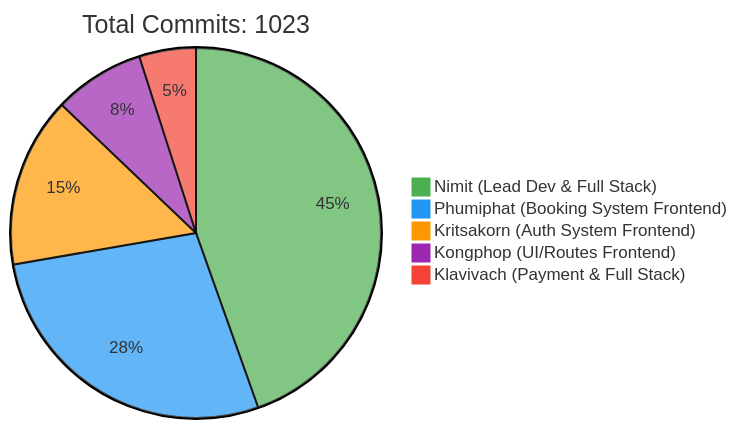
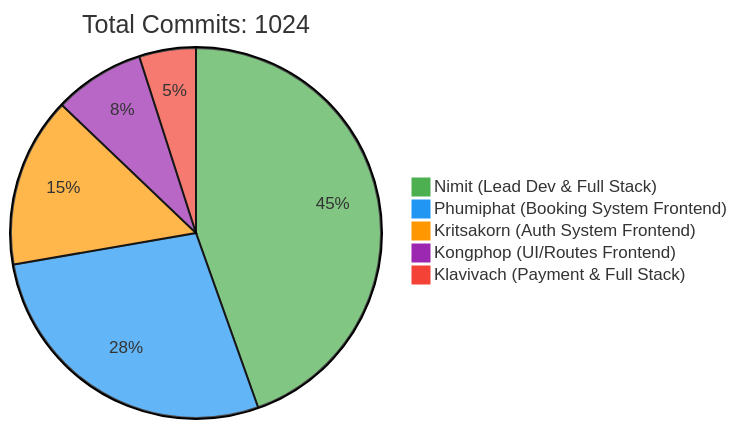
One commit to 6531503042/Sport-Complex changed the first of 2 diagrams in README.md. Above: the diagram before and after it, drawn with Mermaid. The commit also changed other lines of this file, not shown here.

Commit message:
docs: Update contributor statistics [skip ci]

````diff
--- a/README.md
+++ b/README.md
@@ -240,10 +240,10 @@
 ```mermaid
 %%{init: {'theme': 'base', 'themeVariables': { 'pie1': '#4CAF50', 'pie2': '#2196F3', 'pie3': '#FF9800', 'pie4': '#9C27B0', 'pie5': '#F44336'}}}%%
 pie
-    title Total Commits: 1023
+    title Total Commits: 1024
     "Nimit (Lead Dev & Full Stack)" : 450
     "Phumiphat (Booking System Frontend)" : 280
     "Kritsakorn (Auth System Frontend)" : 150
     "Kongphop (UI/Routes Frontend)" : 80
     "Klavivach (Payment & Full Stack)" : 50
 ```
````
